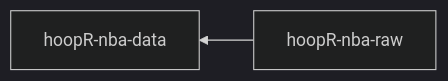
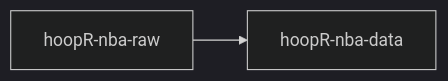
One commit to sportsdataverse/hoopR-nba-raw changed the diagram in README.md. Above: the diagram before and after it, drawn with Mermaid (dark theme).

Commit message:
fix direction on diagram

````diff
--- a/README.md
+++ b/README.md
@@ -3,4 +3,4 @@
 ```mermaid
-  graph RL;
+  graph LR;
     A[hoopR-nba-raw]-->B[hoopR-nba-data];
 ```
````
